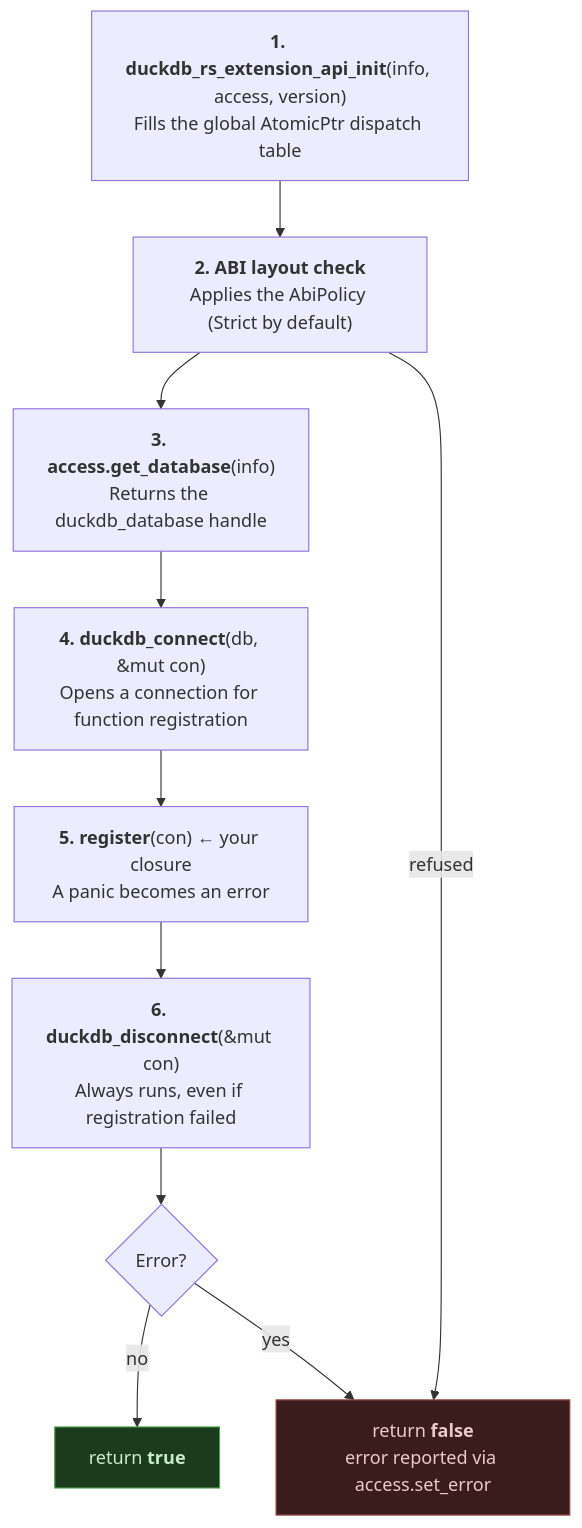
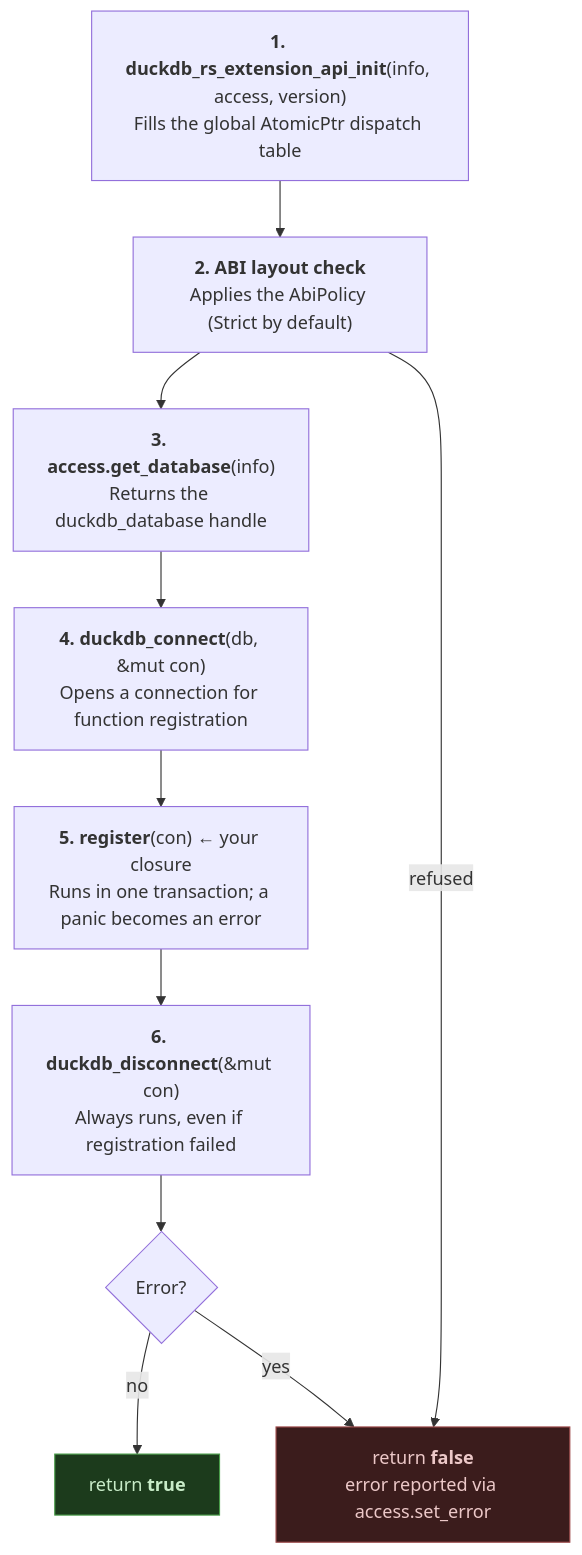
Before and after one commit to tomtom215/quack-rs: the diagram in book/src/concepts/entry-point.md, drawn with Mermaid. The commit also changed other lines of this file and 261 other files, not shown here.

````diff
--- a/book/src/concepts/entry-point.md
+++ b/book/src/concepts/entry-point.md
@@ -135,20 +135,20 @@
 ```mermaid
 flowchart TD
     A["<b>1. duckdb_rs_extension_api_init</b>(info, access, version)<br/>Fills the global AtomicPtr dispatch table"]
     L["<b>2. ABI layout check</b><br/>Applies the AbiPolicy (Strict by default)"]
     B["<b>3. access.get_database</b>(info)<br/>Returns the duckdb_database handle"]
     C["<b>4. duckdb_connect</b>(db, &amp;mut con)<br/>Opens a connection for function registration"]
-    D["<b>5. register</b>(con) ← your closure<br/>A panic becomes an error"]
+    D["<b>5. register</b>(con) ← your closure<br/>Runs in one transaction; a panic becomes an error"]
     E["<b>6. duckdb_disconnect</b>(&amp;mut con)<br/>Always runs, even if registration failed"]
     F{Error?}
     G["return <b>true</b>"]
     H["return <b>false</b><br/>error reported via access.set_error"]
 
     A --> L --> B --> C --> D --> E --> F
     L -->|refused| H
     F -->|no| G
     F -->|yes| H
 
     style G fill:#1c3b1c,stroke:#4a9e4a,color:#c8ecc8
     style H fill:#3b1c1c,stroke:#9e4a4a,color:#ecc8c8
 ```
````
